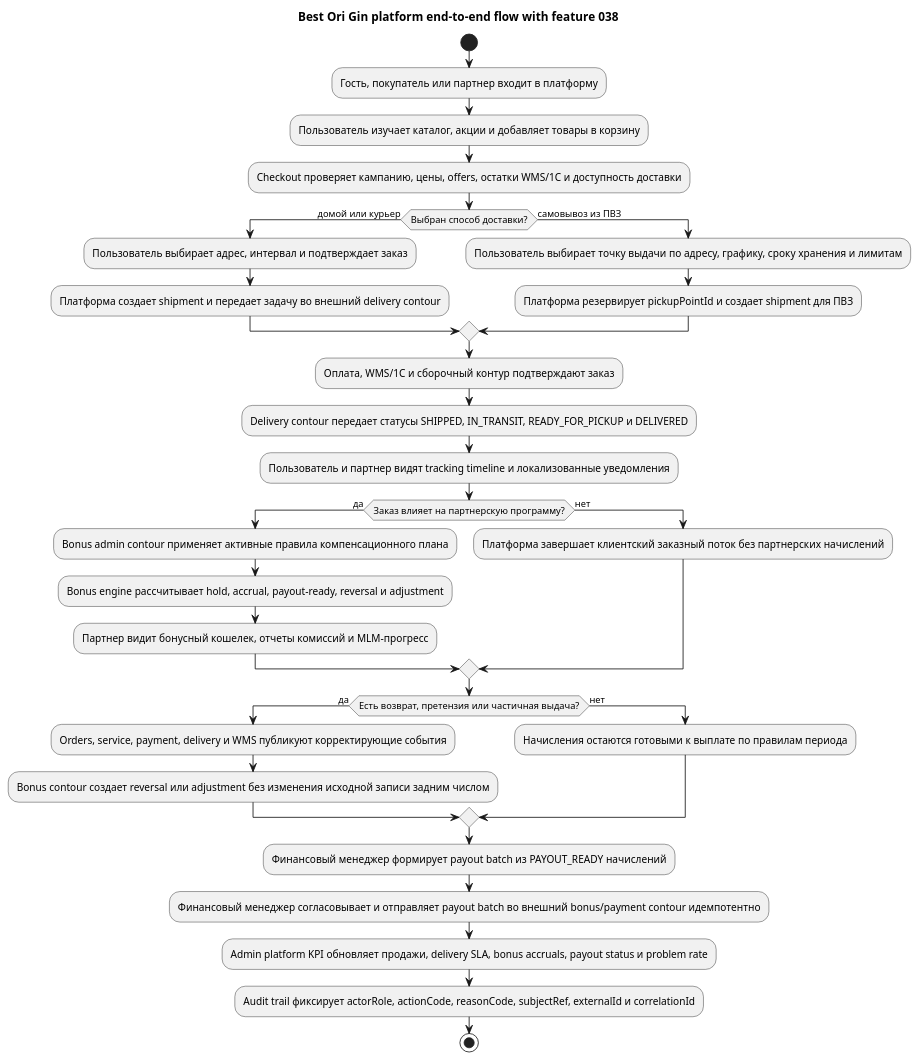
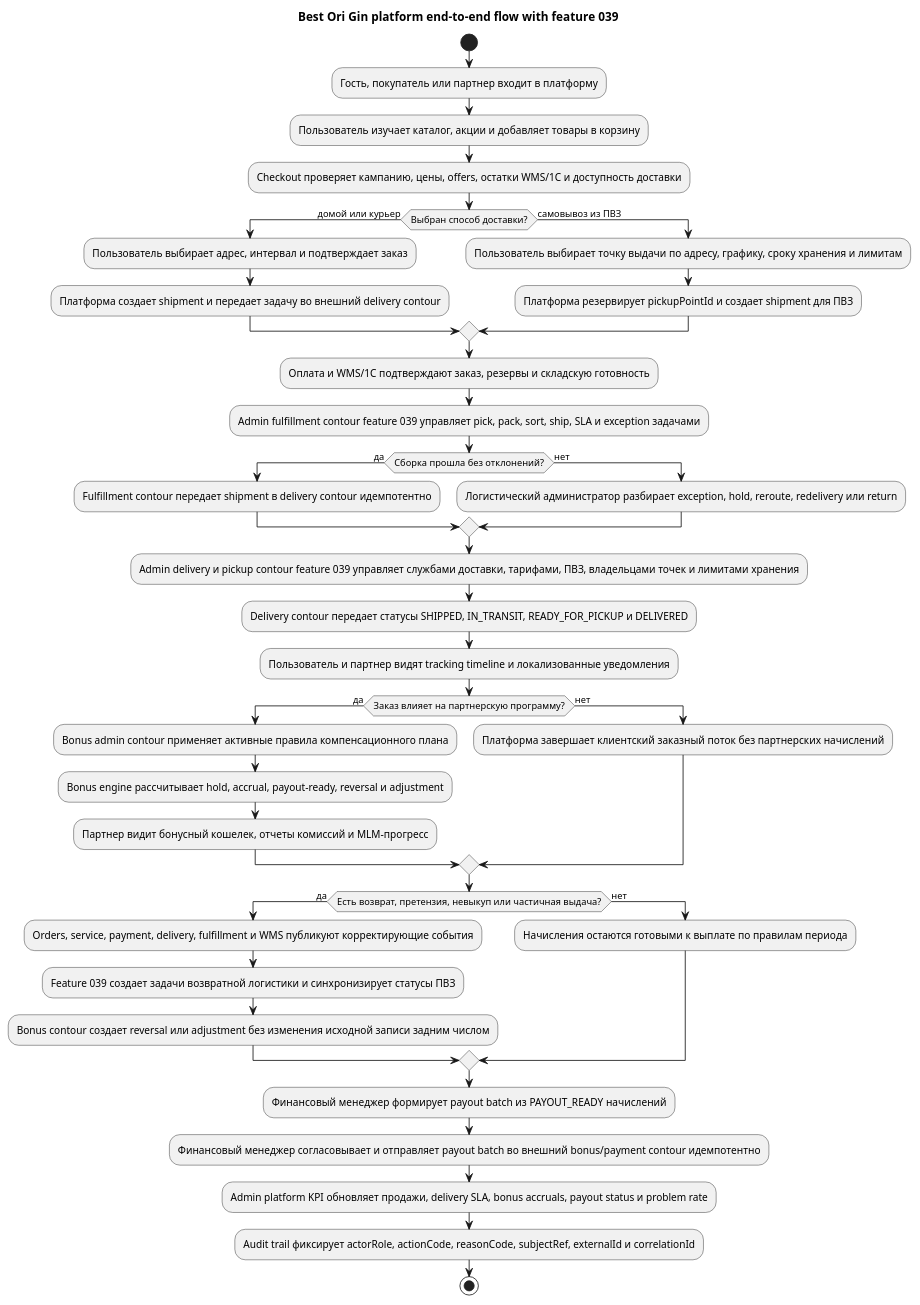
One commit to alextaralexander/ai_ori_test changed the diagram in agents/analytics/ba/end_to_end/end_to_end_process_bpmn.plantuml. Above: the diagram before and after it, drawn with PlantUML. The commit also changed 47 other files, not shown here.

```diff
--- a/agents/analytics/ba/end_to_end/end_to_end_process_bpmn.plantuml
+++ b/agents/analytics/ba/end_to_end/end_to_end_process_bpmn.plantuml
@@ -1,35 +1,43 @@
 @startuml
-title Best Ori Gin platform end-to-end flow with feature 038
+title Best Ori Gin platform end-to-end flow with feature 039
 start
 :Гость, покупатель или партнер входит в платформу;
 :Пользователь изучает каталог, акции и добавляет товары в корзину;
 :Checkout проверяет кампанию, цены, offers, остатки WMS/1C и доступность доставки;
 if (Выбран способ доставки?) then (домой или курьер)
   :Пользователь выбирает адрес, интервал и подтверждает заказ;
   :Платформа создает shipment и передает задачу во внешний delivery contour;
 else (самовывоз из ПВЗ)
   :Пользователь выбирает точку выдачи по адресу, графику, сроку хранения и лимитам;
   :Платформа резервирует pickupPointId и создает shipment для ПВЗ;
 endif
-:Оплата, WMS/1C и сборочный контур подтверждают заказ;
+:Оплата и WMS/1C подтверждают заказ, резервы и складскую готовность;
+:Admin fulfillment contour feature 039 управляет pick, pack, sort, ship, SLA и exception задачами;
+if (Сборка прошла без отклонений?) then (да)
+  :Fulfillment contour передает shipment в delivery contour идемпотентно;
+else (нет)
+  :Логистический администратор разбирает exception, hold, reroute, redelivery или return;
+endif
+:Admin delivery и pickup contour feature 039 управляет службами доставки, тарифами, ПВЗ, владельцами точек и лимитами хранения;
 :Delivery contour передает статусы SHIPPED, IN_TRANSIT, READY_FOR_PICKUP и DELIVERED;
 :Пользователь и партнер видят tracking timeline и локализованные уведомления;
 if (Заказ влияет на партнерскую программу?) then (да)
   :Bonus admin contour применяет активные правила компенсационного плана;
   :Bonus engine рассчитывает hold, accrual, payout-ready, reversal и adjustment;
   :Партнер видит бонусный кошелек, отчеты комиссий и MLM-прогресс;
 else (нет)
   :Платформа завершает клиентский заказный поток без партнерских начислений;
 endif
-if (Есть возврат, претензия или частичная выдача?) then (да)
-  :Orders, service, payment, delivery и WMS публикуют корректирующие события;
+if (Есть возврат, претензия, невыкуп или частичная выдача?) then (да)
+  :Orders, service, payment, delivery, fulfillment и WMS публикуют корректирующие события;
+  :Feature 039 создает задачи возвратной логистики и синхронизирует статусы ПВЗ;
   :Bonus contour создает reversal или adjustment без изменения исходной записи задним числом;
 else (нет)
   :Начисления остаются готовыми к выплате по правилам периода;
 endif
 :Финансовый менеджер формирует payout batch из PAYOUT_READY начислений;
 :Финансовый менеджер согласовывает и отправляет payout batch во внешний bonus/payment contour идемпотентно;
 :Admin platform KPI обновляет продажи, delivery SLA, bonus accruals, payout status и problem rate;
 :Audit trail фиксирует actorRole, actionCode, reasonCode, subjectRef, externalId и correlationId;
 stop
 @enduml
```
